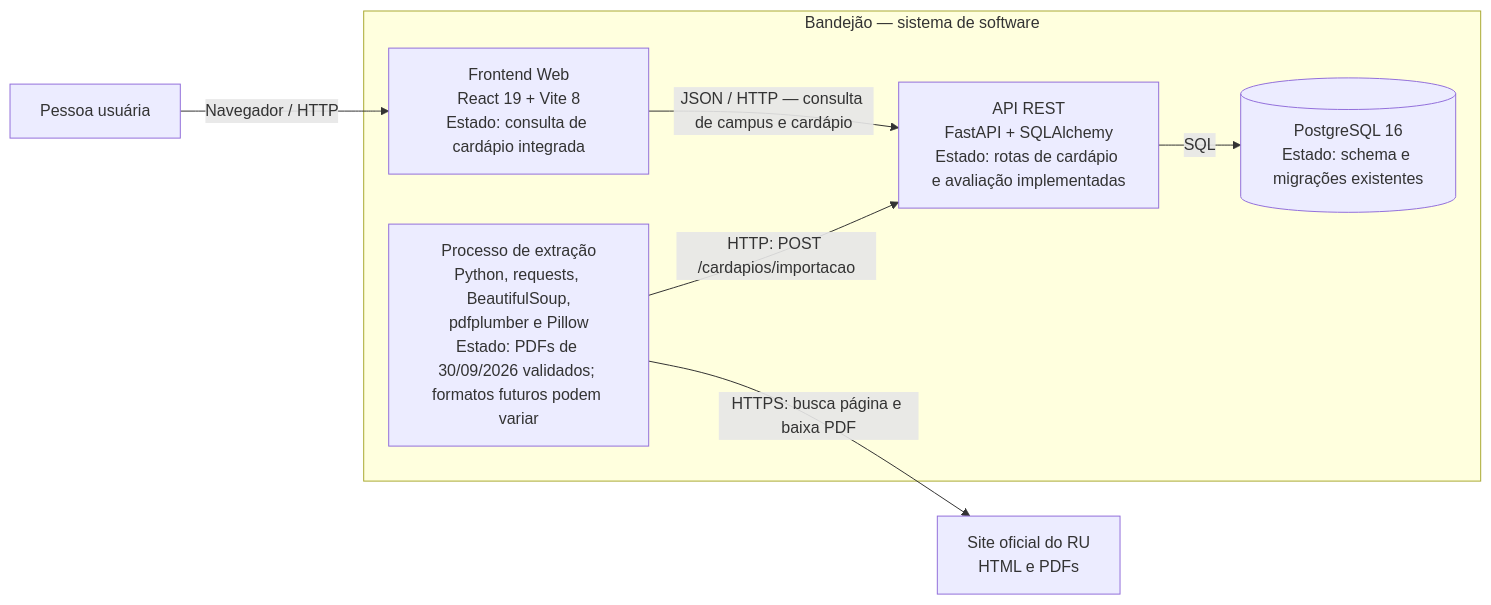
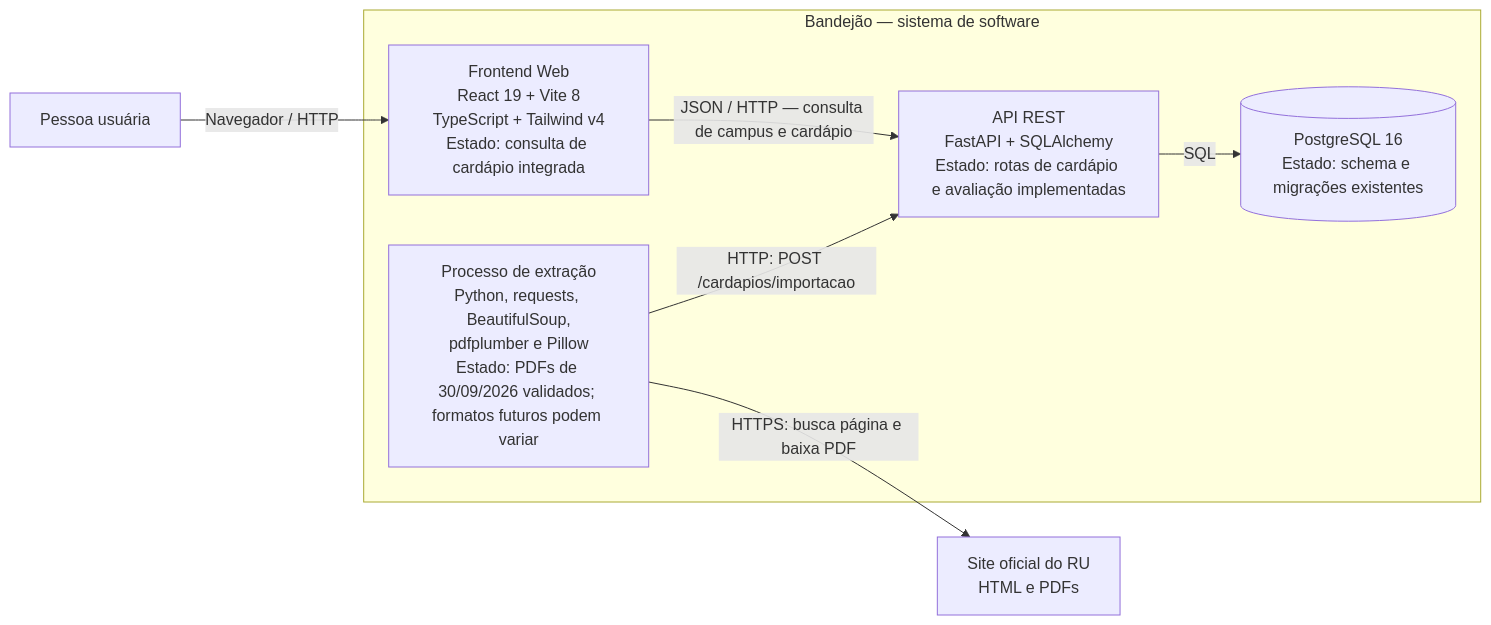
Before and after one commit to unb-mds/2026-2-Bandejao: the second of 3 diagrams in docs/Arquitetura.md, drawn with Mermaid. The commit also changed other lines of this file and 53 other files, not shown here.

First line of the commit message:
fix: alinha frontend com TypeScript e Tailwind da equipe

````diff
--- a/docs/Arquitetura.md
+++ b/docs/Arquitetura.md
@@ -34,18 +34,18 @@
 ```mermaid
 flowchart LR
     pessoa["Pessoa usuária"]
     site["Site oficial do RU<br/>HTML e PDFs"]
 
     subgraph sistema["Bandejão — sistema de software"]
-        web["Frontend Web<br/>React 19 + Vite 8<br/>Estado: consulta de cardápio integrada"]
+        web["Frontend Web<br/>React 19 + Vite 8<br/>TypeScript + Tailwind v4<br/>Estado: consulta de cardápio integrada"]
         api["API REST<br/>FastAPI + SQLAlchemy<br/>Estado: rotas de cardápio e avaliação implementadas"]
         banco[("PostgreSQL 16<br/>Estado: schema e migrações existentes")]
         extracao["Processo de extração<br/>Python, requests, BeautifulSoup,<br/>pdfplumber e Pillow<br/>Estado: PDFs de 30/09/2026 validados; formatos futuros podem variar"]
     end
 
     pessoa -->|"Navegador / HTTP"| web
     web -->|"JSON / HTTP — consulta de campus e cardápio"| api
     api -->|"SQL"| banco
     extracao -->|"HTTPS: busca página e baixa PDF"| site
     extracao -->|"HTTP: POST /cardapios/importacao"| api
 ```
````
